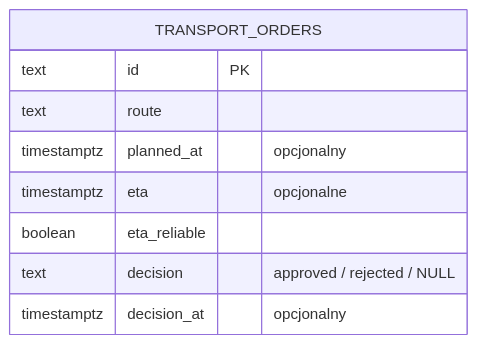
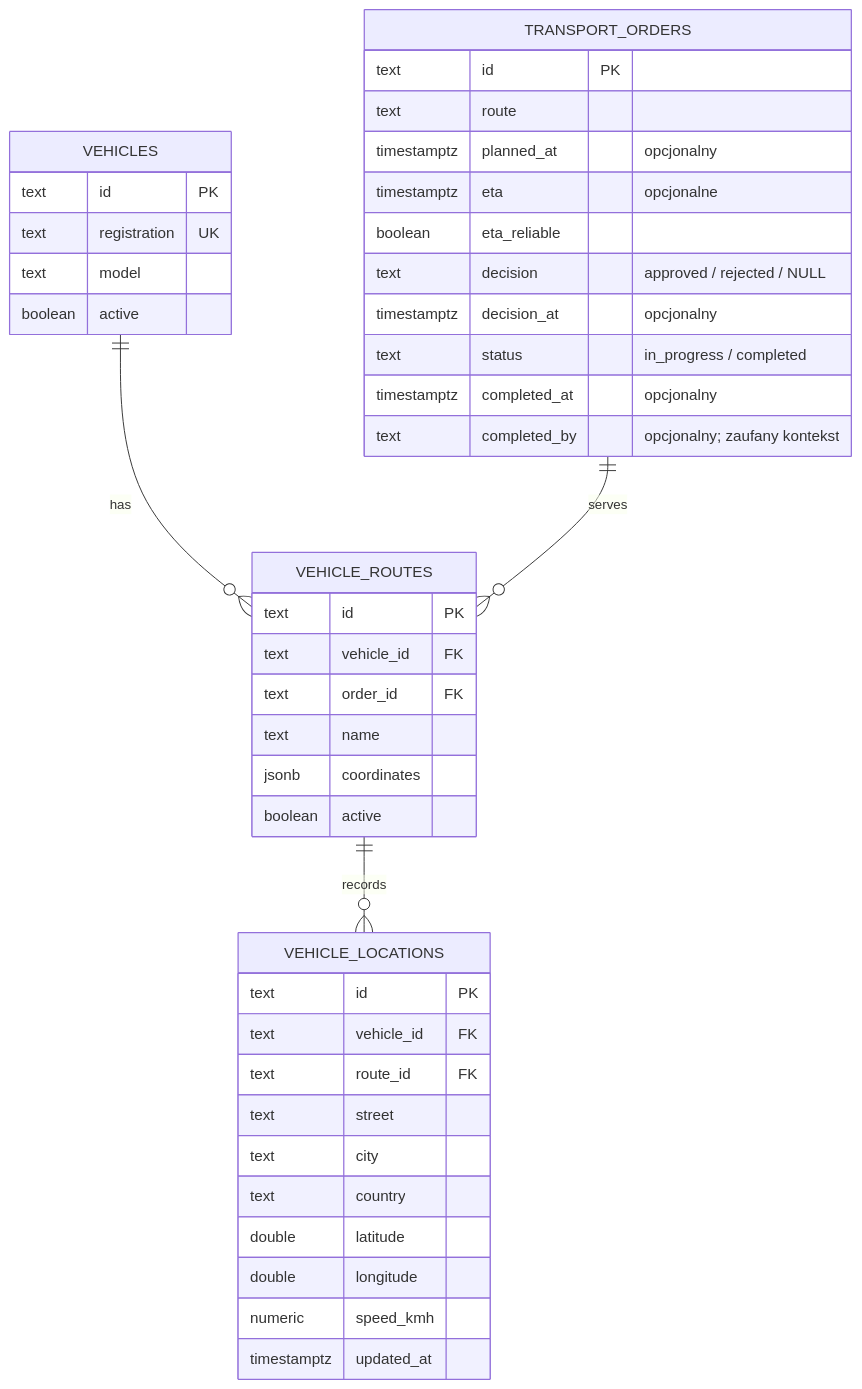
The fifth of 8 diagrams in docs/architektura.md (nossixd/5f-outpost), drawn with Mermaid before and after one commit. The commit also changed other lines of this file and 30 other files, not shown here.

````diff
--- a/docs/architektura.md
+++ b/docs/architektura.md
@@ -90,12 +150,44 @@
 ```mermaid
 erDiagram
     TRANSPORT_ORDERS {
         text id PK
         text route
         timestamptz planned_at "opcjonalny"
         timestamptz eta "opcjonalne"
         boolean eta_reliable
         text decision "approved / rejected / NULL"
         timestamptz decision_at "opcjonalny"
+        text status "in_progress / completed"
+        timestamptz completed_at "opcjonalny"
+        text completed_by "opcjonalny; zaufany kontekst"
     }
+    VEHICLES {
+        text id PK
+        text registration UK
+        text model
+        boolean active
+    }
+    VEHICLE_ROUTES {
+        text id PK
+        text vehicle_id FK
+        text order_id FK
+        text name
+        jsonb coordinates
+        boolean active
+    }
+    VEHICLE_LOCATIONS {
+        text id PK
+        text vehicle_id FK
+        text route_id FK
+        text street
+        text city
+        text country
+        double latitude
+        double longitude
+        numeric speed_kmh
+        timestamptz updated_at
+    }
+    VEHICLES ||--o{ VEHICLE_ROUTES : has
+    TRANSPORT_ORDERS ||--o{ VEHICLE_ROUTES : serves
+    VEHICLE_ROUTES ||--o{ VEHICLE_LOCATIONS : records
 ```
````
